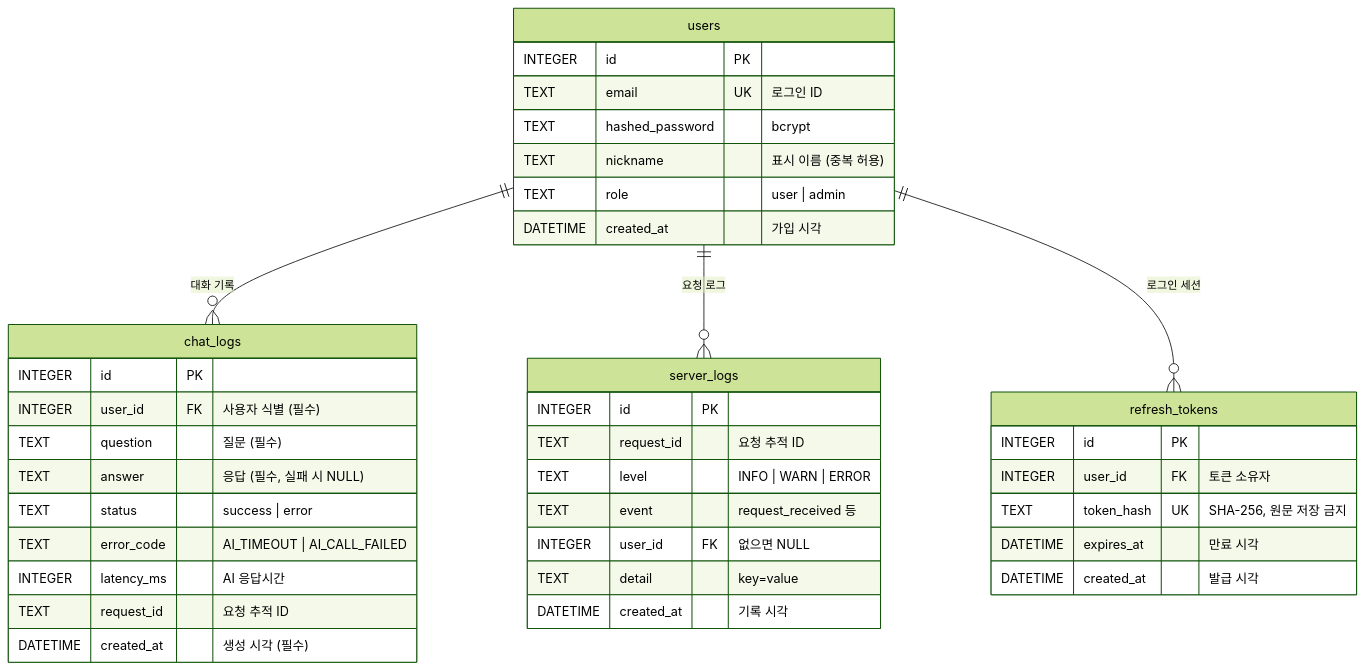
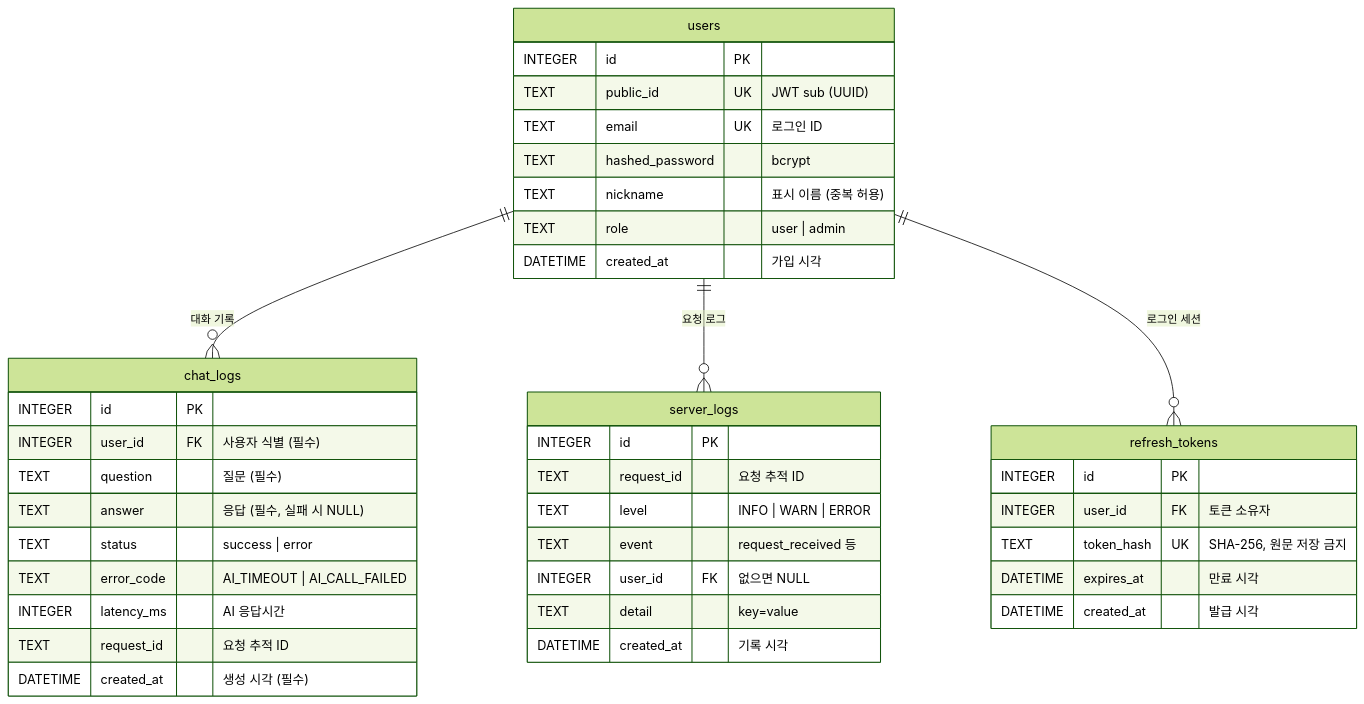
The diagram in docs/04-database.md (b7-1-chatbot-team/B7-1-chatbot), drawn with Mermaid (forest theme) before and after one commit. The commit also changed other lines of this file and 2 other files, not shown here.

Commit message:
docs: JWT sub 를 public_id 로 바꾸고 회원가입·내 정보 응답에서 id 제거 반영 #99

````diff
--- a/docs/04-database.md
+++ b/docs/04-database.md
@@ -12,41 +12,42 @@
 ```mermaid
 erDiagram
     users ||--o{ chat_logs : "대화 기록"
     users ||--o{ server_logs : "요청 로그"
     users ||--o{ refresh_tokens : "로그인 세션"
     users {
         INTEGER id PK
+        TEXT public_id UK "JWT sub (UUID)"
         TEXT email UK "로그인 ID"
         TEXT hashed_password "bcrypt"
         TEXT nickname "표시 이름 (중복 허용)"
         TEXT role "user | admin"
         DATETIME created_at "가입 시각"
     }
     chat_logs {
         INTEGER id PK
         INTEGER user_id FK "사용자 식별 (필수)"
         TEXT question "질문 (필수)"
         TEXT answer "응답 (필수, 실패 시 NULL)"
         TEXT status "success | error"
         TEXT error_code "AI_TIMEOUT | AI_CALL_FAILED"
         INTEGER latency_ms "AI 응답시간"
         TEXT request_id "요청 추적 ID"
         DATETIME created_at "생성 시각 (필수)"
     }
     server_logs {
         INTEGER id PK
         TEXT request_id "요청 추적 ID"
         TEXT level "INFO | WARN | ERROR"
         TEXT event "request_received 등"
         INTEGER user_id FK "없으면 NULL"
         TEXT detail "key=value"
         DATETIME created_at "기록 시각"
     }
     refresh_tokens {
         INTEGER id PK
         INTEGER user_id FK "토큰 소유자"
         TEXT token_hash UK "SHA-256, 원문 저장 금지"
         DATETIME expires_at "만료 시각"
         DATETIME created_at "발급 시각"
     }
 ```
````
